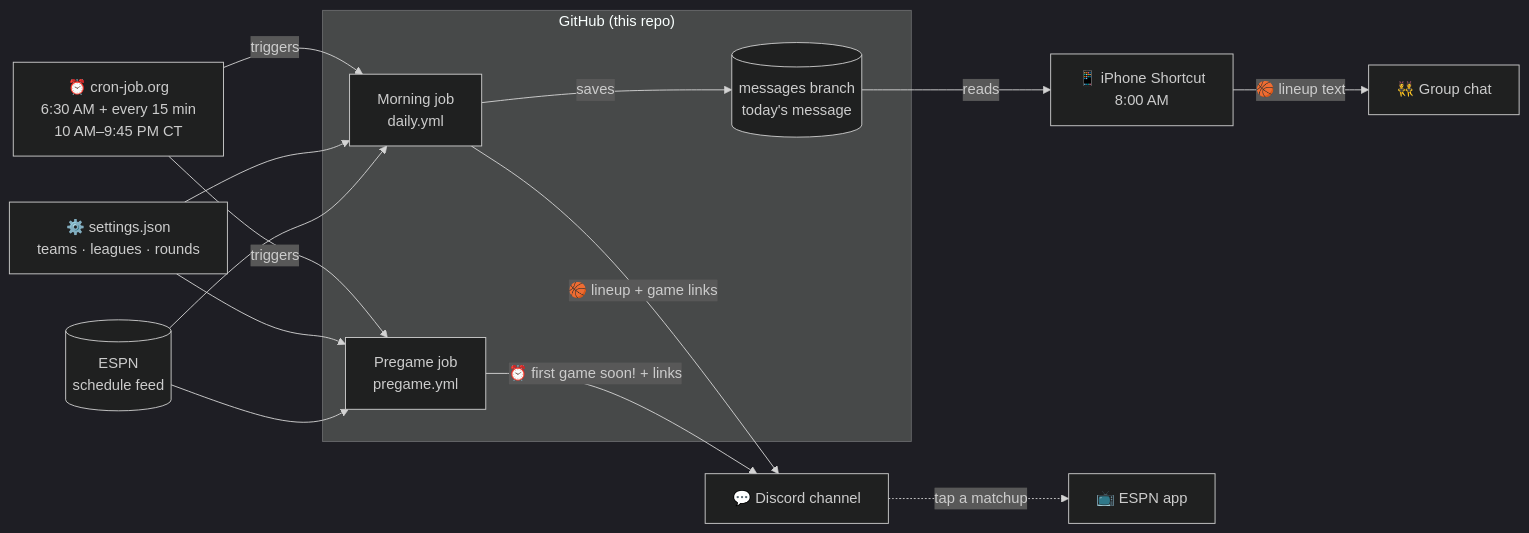
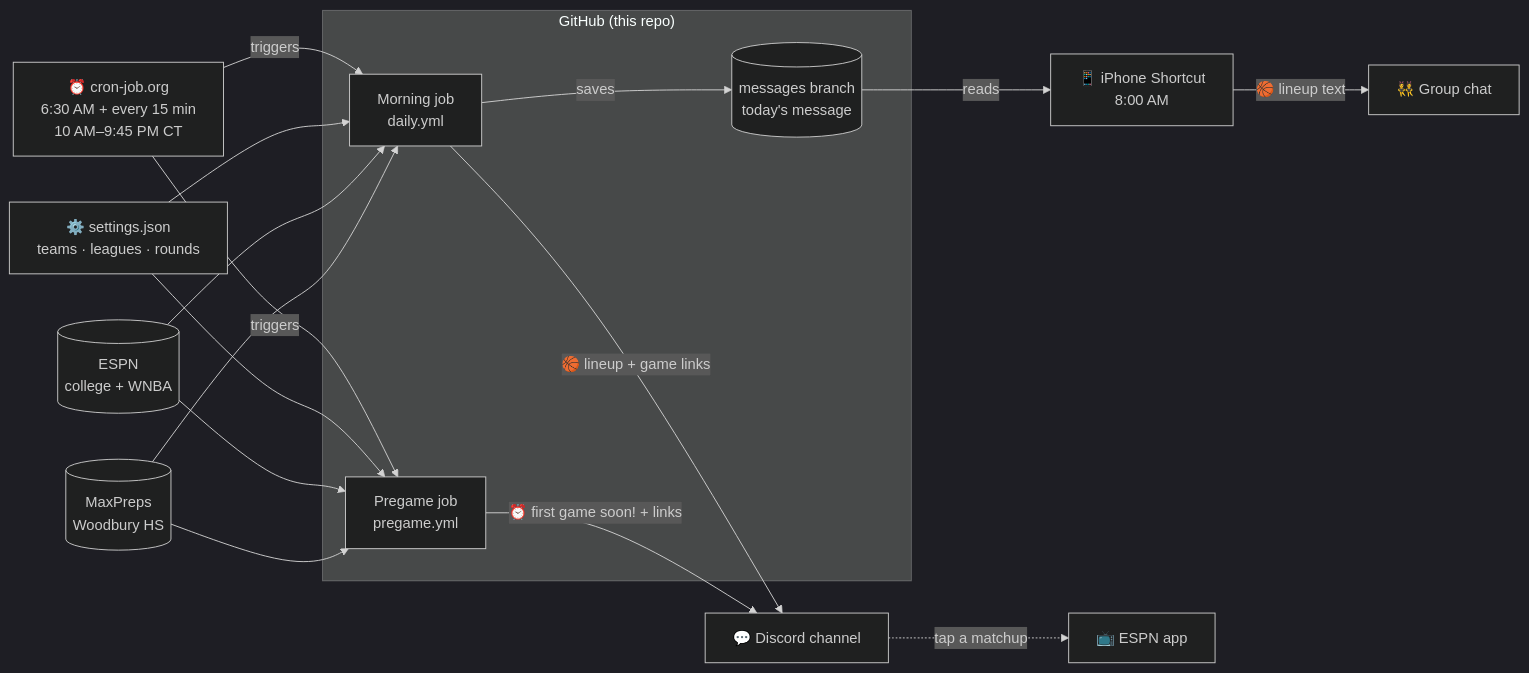
The first of 2 diagrams in README.md (AI-Jess/Sports-Reminder), drawn with Mermaid (dark theme) before and after one commit. The commit also changed other lines of this file, not shown here.

First line of the commit message:
README: Woodbury HS via MaxPreps

````diff
--- a/README.md
+++ b/README.md
@@ -7,28 +7,30 @@
 ```mermaid
 flowchart LR
     CRON["⏰ cron-job.org<br/>6:30 AM + every 15 min<br/>10 AM–9:45 PM CT"]
-    ESPN[("ESPN<br/>schedule feed")]
+    ESPN[("ESPN<br/>college + WNBA")]
+    MP[("MaxPreps<br/>Woodbury HS")]
     SET["⚙️ settings.json<br/>teams · leagues · rounds"]
 
     subgraph GH["GitHub (this repo)"]
         MORN["Morning job<br/>daily.yml"]
         PRE["Pregame job<br/>pregame.yml"]
         MSG[("messages branch<br/>today's message")]
     end
 
     DISC["💬 Discord channel"]
     PHONE["📱 iPhone Shortcut<br/>8:00 AM"]
     GROUP["👯 Group chat"]
     APP["📺 ESPN app"]
 
     CRON -->|triggers| MORN
     CRON -->|triggers| PRE
     SET --> MORN & PRE
     ESPN --> MORN & PRE
+    MP --> MORN & PRE
     MORN -->|"🏀 lineup + game links"| DISC
     MORN -->|saves| MSG
     PRE -->|"⏰ first game soon! + links"| DISC
     MSG -->|reads| PHONE
     PHONE -->|"🏀 lineup text"| GROUP
     DISC -.->|tap a matchup| APP
 ```
````
